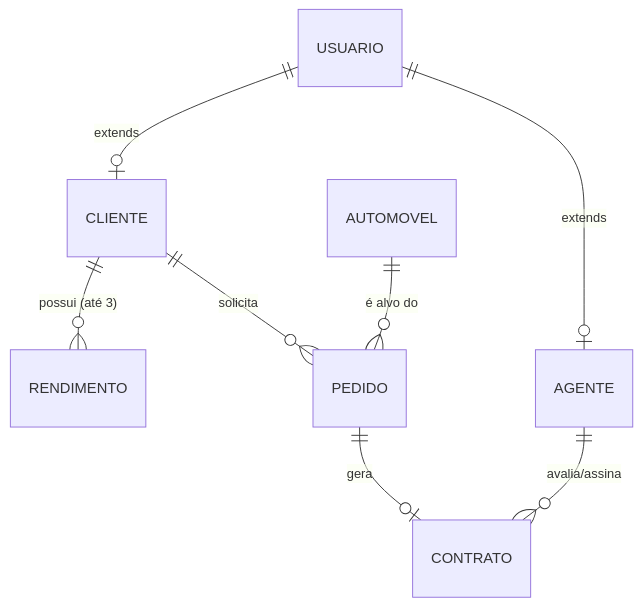
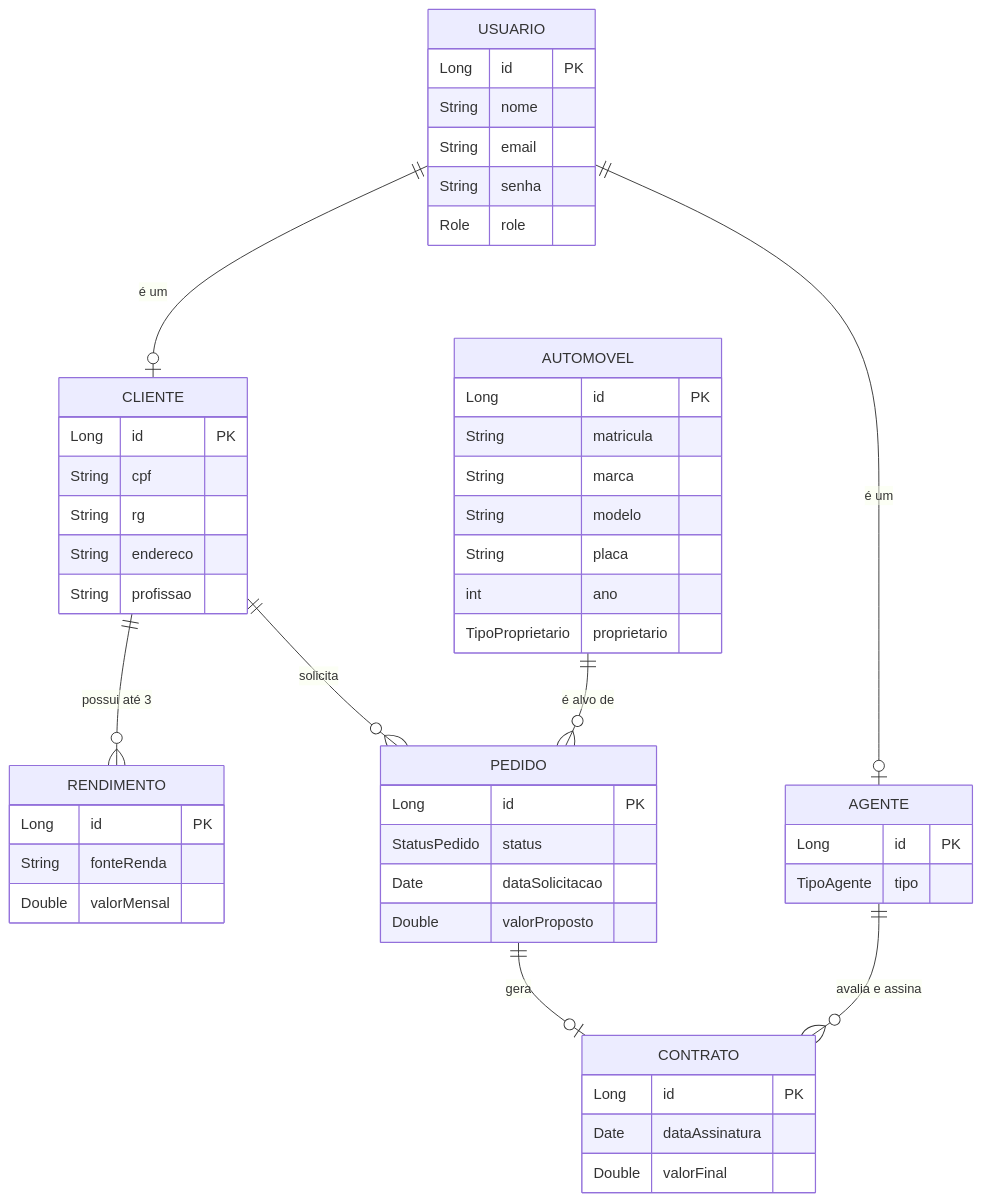
Before and after one commit to Davii13/Sistemas-de-aluguel-de-carros: the second of 2 diagrams in README.md, drawn with Mermaid. The commit also changed other lines of this file, not shown here.

````diff
--- a/README.md
+++ b/README.md
@@ -70,13 +114,54 @@
 ```mermaid
 erDiagram
-    USUARIO ||--o| CLIENTE : "extends"
-    USUARIO ||--o| AGENTE : "extends"
-    
-    CLIENTE ||--o{ RENDIMENTO : "possui (até 3)"
+    USUARIO {
+        Long id PK
+        String nome
+        String email
+        String senha
+        Role role
+    }
+    CLIENTE {
+        Long id PK
+        String cpf
+        String rg
+        String endereco
+        String profissao
+    }
+    AGENTE {
+        Long id PK
+        TipoAgente tipo
+    }
+    AUTOMOVEL {
+        Long id PK
+        String matricula
+        String marca
+        String modelo
+        String placa
+        int ano
+        TipoProprietario proprietario
+    }
+    PEDIDO {
+        Long id PK
+        StatusPedido status
+        Date dataSolicitacao
+        Double valorProposto
+    }
+    CONTRATO {
+        Long id PK
+        Date dataAssinatura
+        Double valorFinal
+    }
+    RENDIMENTO {
+        Long id PK
+        String fonteRenda
+        Double valorMensal
+    }
+
+    USUARIO ||--o| CLIENTE : "é um"
+    USUARIO ||--o| AGENTE : "é um"
+    CLIENTE ||--o{ RENDIMENTO : "possui até 3"
     CLIENTE ||--o{ PEDIDO : "solicita"
-    
-    AUTOMOVEL ||--o{ PEDIDO : "é alvo do"
-    
+    AUTOMOVEL ||--o{ PEDIDO : "é alvo de"
     PEDIDO ||--o| CONTRATO : "gera"
-    AGENTE ||--o{ CONTRATO : "avalia/assina"
+    AGENTE ||--o{ CONTRATO : "avalia e assina"
 ```
````
